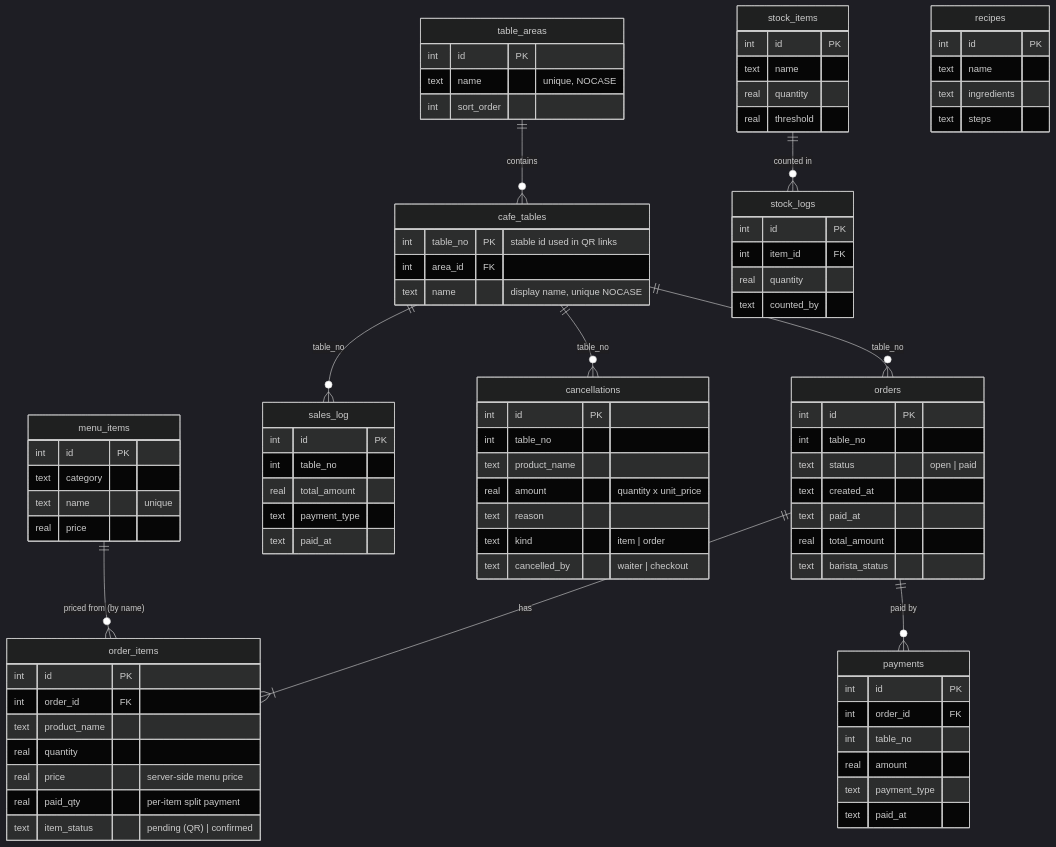
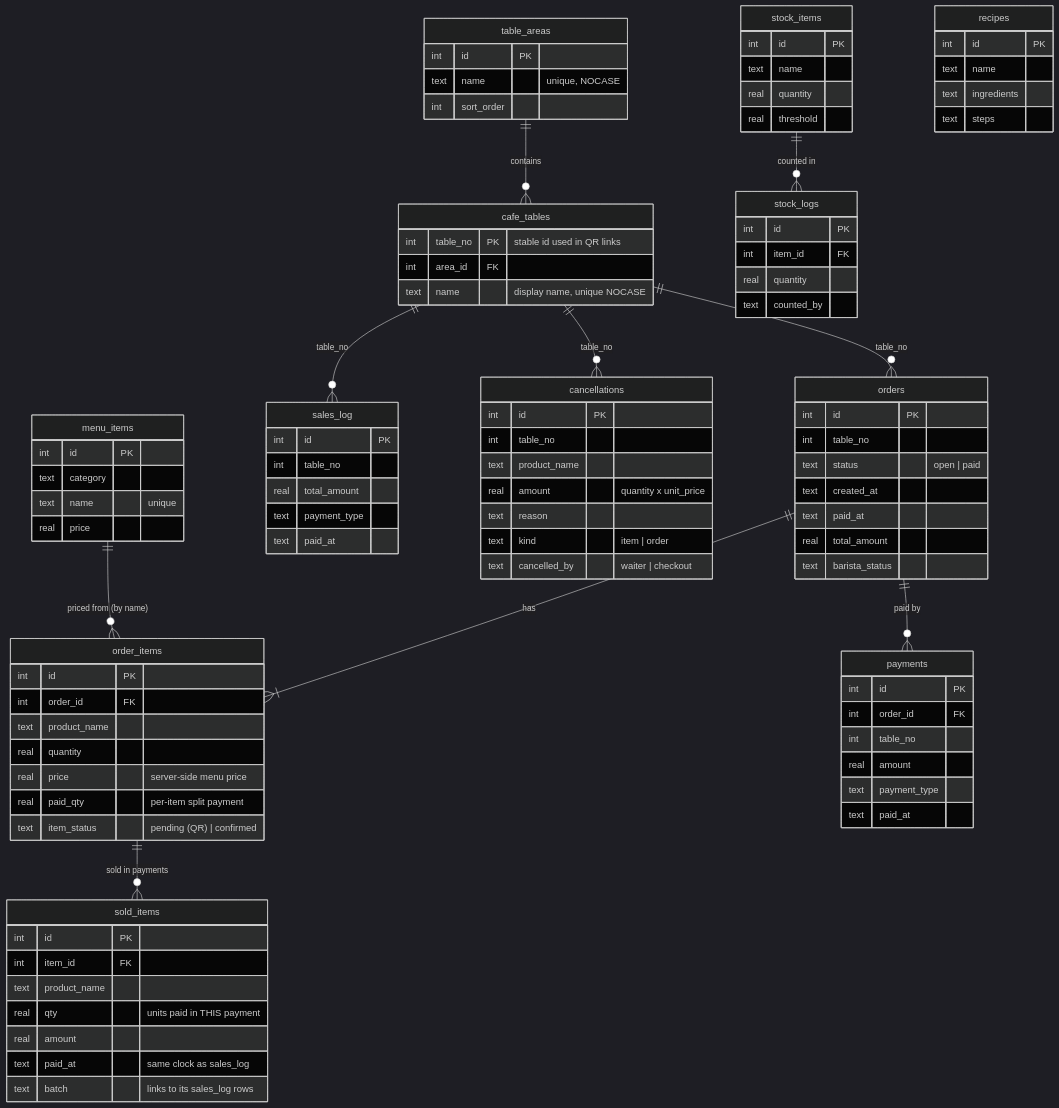
The fourth of 6 diagrams in README.md (HikmetEmre/YUZDOKSANBES_POS_MANAGER), drawn with Mermaid (dark theme) before and after one commit. The commit also changed other lines of this file and 10 other files, not shown here.

```diff
--- a/README.md
+++ b/README.md
@@ -214,6 +214,7 @@
     cafe_tables ||--o{ orders : "table_no"
     orders ||--|{ order_items : has
     orders ||--o{ payments : "paid by"
+    order_items ||--o{ sold_items : "sold in payments"
     cafe_tables ||--o{ sales_log : "table_no"
     cafe_tables ||--o{ cancellations : "table_no"
     menu_items ||--o{ order_items : "priced from (by name)"
@@ -262,6 +263,15 @@
         text payment_type
         text paid_at
     }
+    sold_items {
+        int id PK
+        int item_id FK
+        text product_name
+        real qty "units paid in THIS payment"
+        real amount
+        text paid_at "same clock as sales_log"
+        text batch "links to its sales_log rows"
+    }
     cancellations {
         int id PK
         int table_no
```
